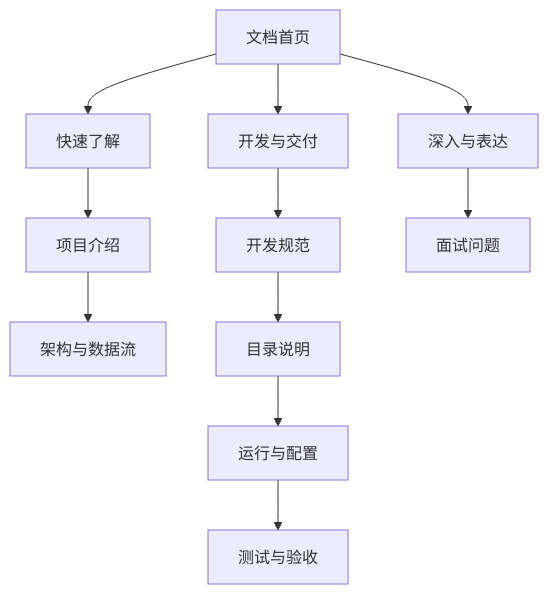
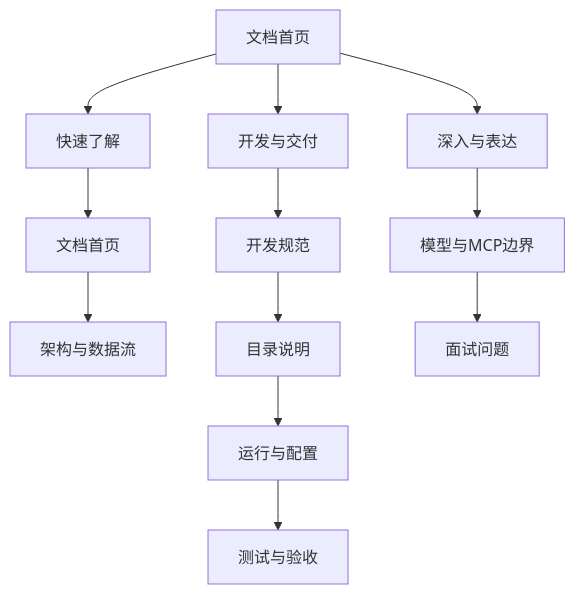
One commit to YuiHlk/Music-AI-Agent changed the diagram in Music-AI-Agent-Docs/00-首页.md. Above: the diagram before and after it, drawn with Mermaid. The commit also changed other lines of this file and 31 other files, not shown here.

````diff
--- a/Music-AI-Agent-Docs/00-首页.md
+++ b/Music-AI-Agent-Docs/00-首页.md
@@ -37,16 +37,16 @@
 ```mermaid
 %%{init: {"flowchart": {"useMaxWidth": true, "htmlLabels": false}}}%%
 flowchart TB
     Home["文档首页"]
 
     Home --> Start["快速了解"]
     Home --> Build["开发与交付"]
     Home --> DeepDive["深入与表达"]
 
-    Start --> Readme["项目介绍"] --> Arch["架构与数据流"]
+    Start --> Overview["文档首页"] --> Arch["架构与数据流"]
 
     Build --> Rules["开发规范"] --> Files["目录说明"]
     Files --> Run["运行与配置"] --> Test["测试与验收"]
 
-    DeepDive --> Interview["面试问题"]
+    DeepDive --> Boundary["模型与MCP边界"] --> Interview["面试问题"]
 ```
````
